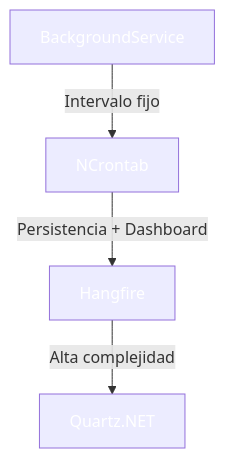
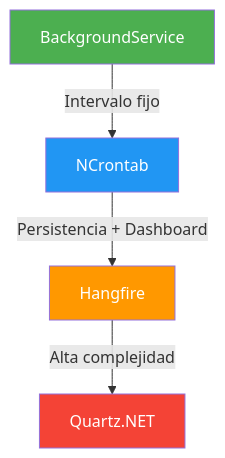
One commit to joseluisgs/DesarrolloWebEntornosServidor-02-2026-2027 changed the second of 4 diagrams in 22-tareas-programadas.md. Above: the diagram before and after it, drawn with Mermaid. The commit also changed other lines of this file and 29 other files, not shown here.

Commit message:
docs: corregir estilos Mermaid y estilo, quitar referencias a la Tienda y reestructurar los retos 13 y 15

````diff
--- a/22-tareas-programadas.md
+++ b/22-tareas-programadas.md
@@ -107,10 +107,10 @@
 ```mermaid
 flowchart TB
     BS["BackgroundService"] -->|"Intervalo fijo"| NC["NCrontab"]
     NC -->|"Persistencia + Dashboard"| HB["Hangfire"]
     HB -->|"Alta complejidad"| QZ["Quartz.NET"]
-    style BS fill:#4CAF5,color:#fff0,color:#fff
-    style NC fill:#2196F,color:#fff3,color:#fff
-    style HB fill:#FF980,color:#fff0,color:#fff
-    style QZ fill:#f4433,color:#fff6,color:#fff
+    style BS fill:#4CAF50,color:#fff
+    style NC fill:#2196F3,color:#fff
+    style HB fill:#FF9800,color:#fff
+    style QZ fill:#f44336,color:#fff
 ```
````
